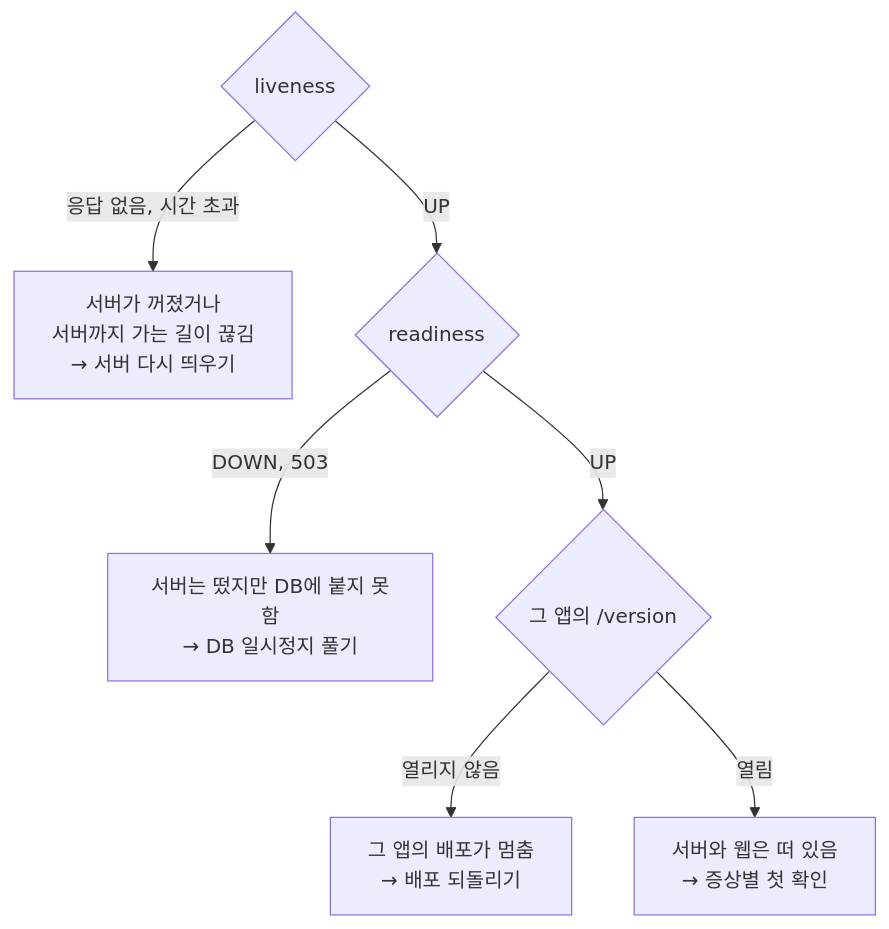
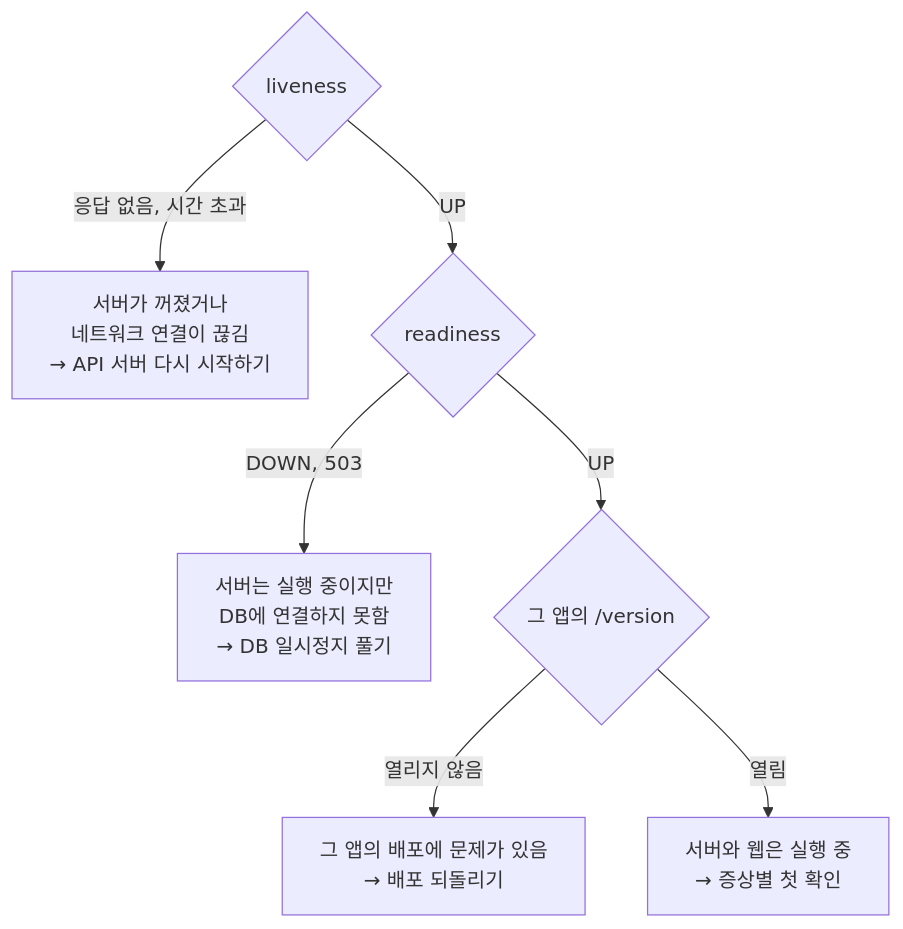
Before and after one commit to SoongSilComputingClub/ssccops-site: the diagram in incidents/check-status.md, drawn with Mermaid. The commit also changed other lines of this file and 13 other files, not shown here.

````diff
--- a/incidents/check-status.md
+++ b/incidents/check-status.md
@@ -26,9 +26,9 @@
 ```mermaid
 flowchart TD
-    live{"liveness"} -- "응답 없음, 시간 초과" --> down["서버가 꺼졌거나<br/>서버까지 가는 길이 끊김<br/>→ 서버 다시 띄우기"]
+    live{"liveness"} -- "응답 없음, 시간 초과" --> down["서버가 꺼졌거나<br/>네트워크 연결이 끊김<br/>→ API 서버 다시 시작하기"]
     live -- UP --> ready{"readiness"}
-    ready -- "DOWN, 503" --> db["서버는 떴지만 DB에 붙지 못함<br/>→ DB 일시정지 풀기"]
+    ready -- "DOWN, 503" --> db["서버는 실행 중이지만<br/>DB에 연결하지 못함<br/>→ DB 일시정지 풀기"]
     ready -- UP --> web{"그 앱의 /version"}
-    web -- "열리지 않음" --> webdown["그 앱의 배포가 멈춤<br/>→ 배포 되돌리기"]
-    web -- "열림" --> app["서버와 웹은 떠 있음<br/>→ 증상별 첫 확인"]
+    web -- "열리지 않음" --> webdown["그 앱의 배포에 문제가 있음<br/>→ 배포 되돌리기"]
+    web -- "열림" --> app["서버와 웹은 실행 중<br/>→ 증상별 첫 확인"]
 ```
````
